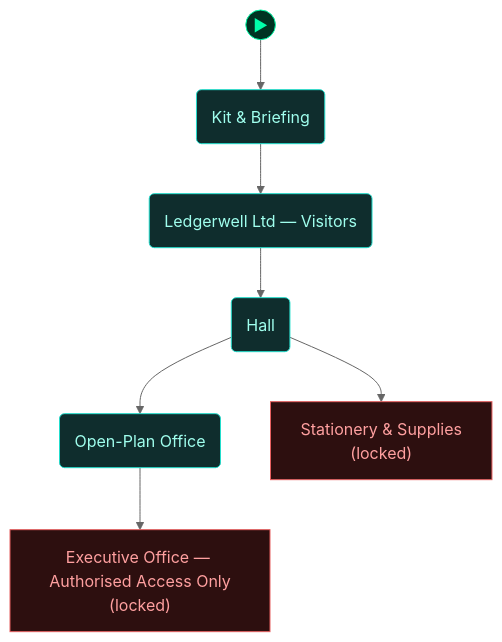
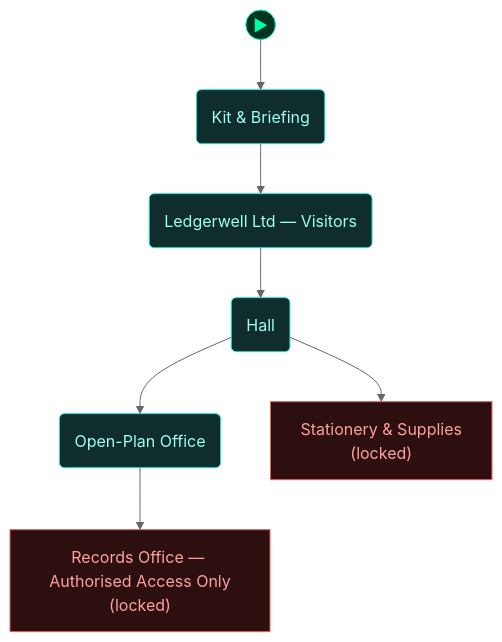
Before and after one commit to cliffe/BreakEscape: the fourth of 5 diagrams in scenarios/lab_physical_pentest/dungeon_graph.md, drawn with Mermaid (neutral theme). The commit also changed other lines of this file and 5 other files, not shown here.

````diff
--- a/scenarios/lab_physical_pentest/dungeon_graph.md
+++ b/scenarios/lab_physical_pentest/dungeon_graph.md
@@ -198,38 +218,38 @@
 ```mermaid
 flowchart TD
 
   classDef room      fill:#0f2d2d,stroke:#22ddcc,color:#a0ffee
   classDef lock      fill:#2d0f0f,stroke:#e66060,color:#ffa0a0
   classDef key       fill:#2d0812,stroke:#e66060,color:#ffa0a0
   classDef item      fill:#2d1200,stroke:#e89030,color:#ffcc80
   classDef gate      fill:#111,stroke:#666,color:#eee
   classDef vm        fill:#0c1f40,stroke:#4a90d9,color:#a0c8ff
   classDef flag      fill:#1a0c2d,stroke:#9060d0,color:#cc99ff
   classDef action    fill:#1a1200,stroke:#cc9922,color:#ffee88
   classDef aim       fill:#0d2a0d,stroke:#44cc44,color:#88ff88
   classDef aim_gate  fill:#111111,stroke:#44cc44,color:#44cc44
   classDef container fill:#1a2d1a,stroke:#60b060,color:#a0e0a0
   classDef npc       fill:#2d1f0d,stroke:#d0a050,color:#ffe0a0
   classDef critical  fill:#2a1500,stroke:#ffaa00,color:#ffdd88
   classDef start     fill:#003322,stroke:#00ffaa,color:#00ffaa
 
   node_start(("▶"))
   node_start --> briefing_room
 
   briefing_room("Kit & Briefing")
   reception("Ledgerwell Ltd — Visitors")
   hall("Hall")
   open_plan("Open-Plan Office")
-  secure_area["Executive Office — Authorised Access Only<br/>(locked)"]
+  secure_area["Records Office — Authorised Access Only<br/>(locked)"]
   store_room["Stationery & Supplies<br/>(locked)"]
 
   briefing_room --> reception
   reception --> hall
   hall --> open_plan
   hall --> store_room
   open_plan --> secure_area
 
   class briefing_room,reception,hall,open_plan room
   class secure_area,store_room lock
   class node_start start
 ```
````
